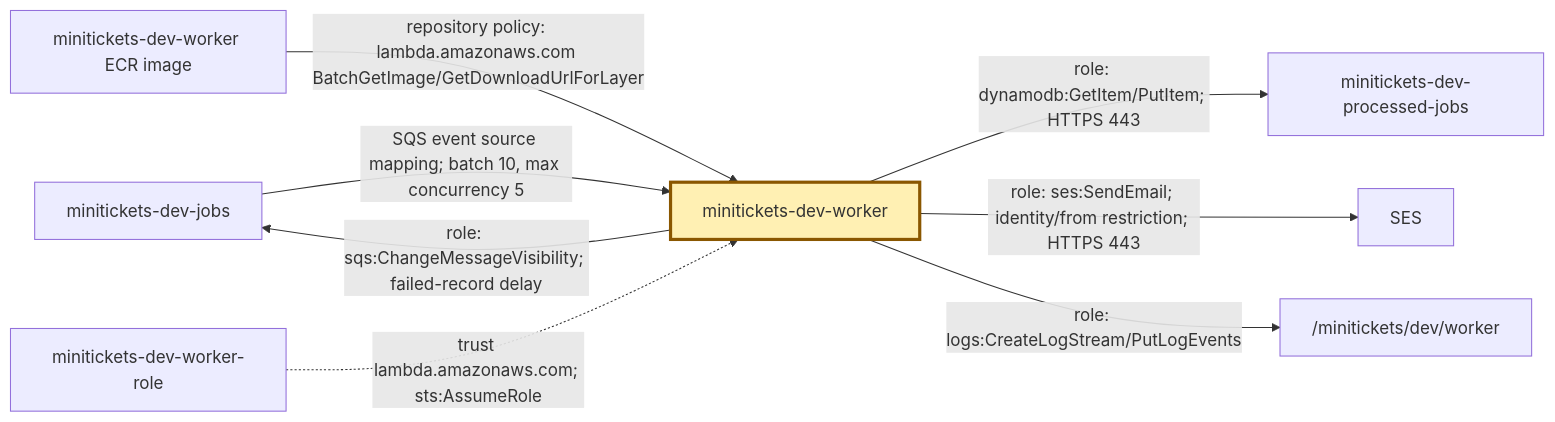
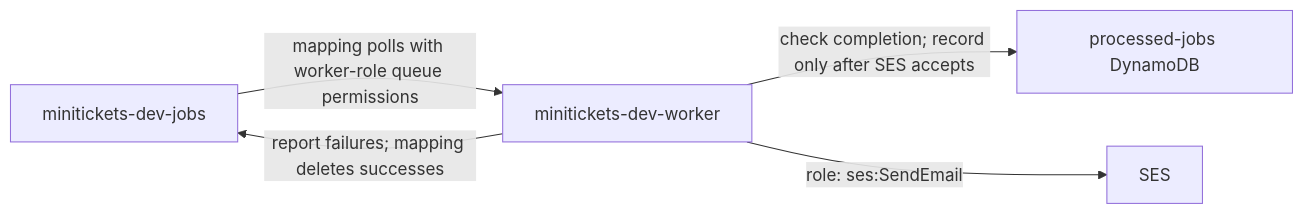
The diagram in docs/handbook/concepts/aws-lambda.md (maheshnd/minitickets), drawn with Mermaid before and after one commit. The commit also changed other lines of this file and 39 other files, not shown here.

````diff
--- a/docs/handbook/concepts/aws-lambda.md
+++ b/docs/handbook/concepts/aws-lambda.md
@@ -14,12 +18,7 @@
 ```mermaid
 flowchart LR
-    q["minitickets-dev-jobs"] -->|"SQS event source mapping; batch 10, max concurrency 5"| fn["minitickets-dev-worker"]
-    image["minitickets-dev-worker ECR image"] -->|"repository policy: lambda.amazonaws.com BatchGetImage/GetDownloadUrlForLayer"| fn
-    role["minitickets-dev-worker-role"] -.->|"trust lambda.amazonaws.com; sts:AssumeRole"| fn
-    fn -->|"role: dynamodb:GetItem/PutItem; HTTPS 443"| db["minitickets-dev-processed-jobs"]
-    fn -->|"role: ses:SendEmail; identity/from restriction; HTTPS 443"| ses["SES"]
-    fn -->|"role: logs:CreateLogStream/PutLogEvents"| logs["/minitickets/dev/worker"]
-    fn -->|"role: sqs:ChangeMessageVisibility; failed-record delay"| q
-    classDef focus fill:#fff0b3,stroke:#8a5700,stroke-width:3px
-    class fn focus
+    queue["minitickets-dev-jobs"] -->|"mapping polls with worker-role queue permissions"| worker["minitickets-dev-worker"]
+    worker -->|"check completion; record only after SES accepts"| db["processed-jobs DynamoDB"]
+    worker -->|"role: ses:SendEmail"| ses["SES"]
+    worker -->|"report failures; mapping deletes successes"| queue
 ```
````
